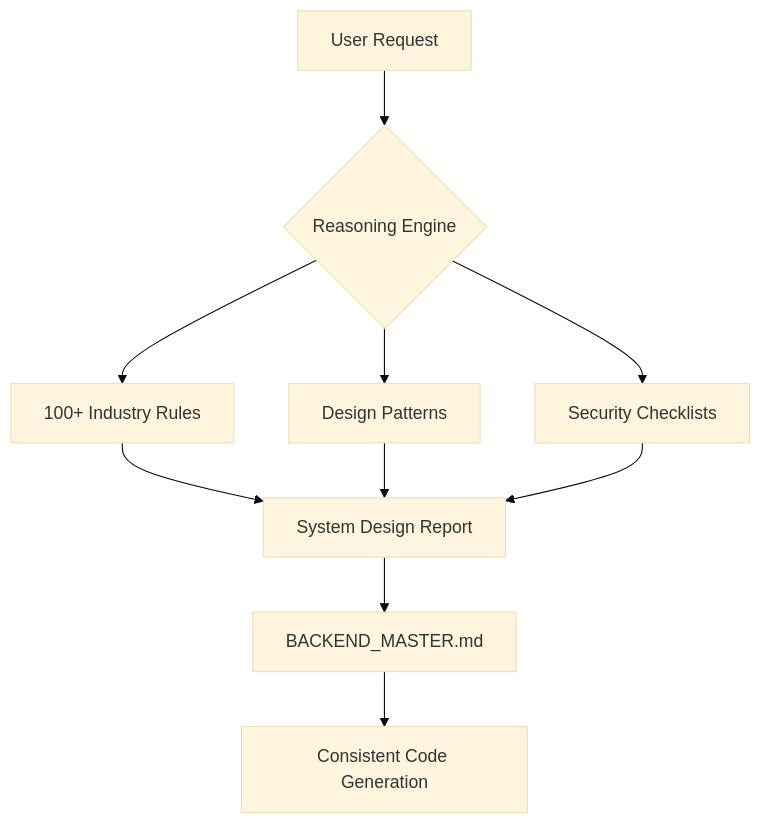
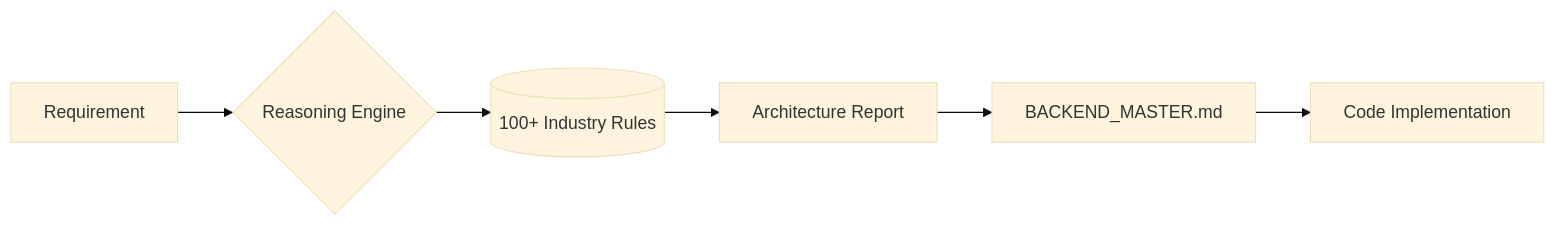
Before and after one commit to dsoftodin22999/backend-promax-skill: the diagram in README.md, drawn with Mermaid (base theme). The commit also changed other lines of this file, not shown here.

````diff
--- a/README.md
+++ b/README.md
@@ -75,10 +109,8 @@
 ```mermaid
-graph TD
-    A[User Request] --> B{Reasoning Engine};
-    B --> C[100+ Industry Rules];
-    B --> D[Design Patterns];
-    B --> E[Security Checklists];
-    C & D & E --> F[System Design Report];
-    F --> G[BACKEND_MASTER.md];
-    G --> H[Consistent Code Generation];
+graph LR
+    A[Requirement] --> B{Reasoning Engine}
+    B --> C[(100+ Industry Rules)]
+    C --> D[Architecture Report]
+    D --> E[BACKEND_MASTER.md]
+    E --> F[Code Implementation]
 ```
````
